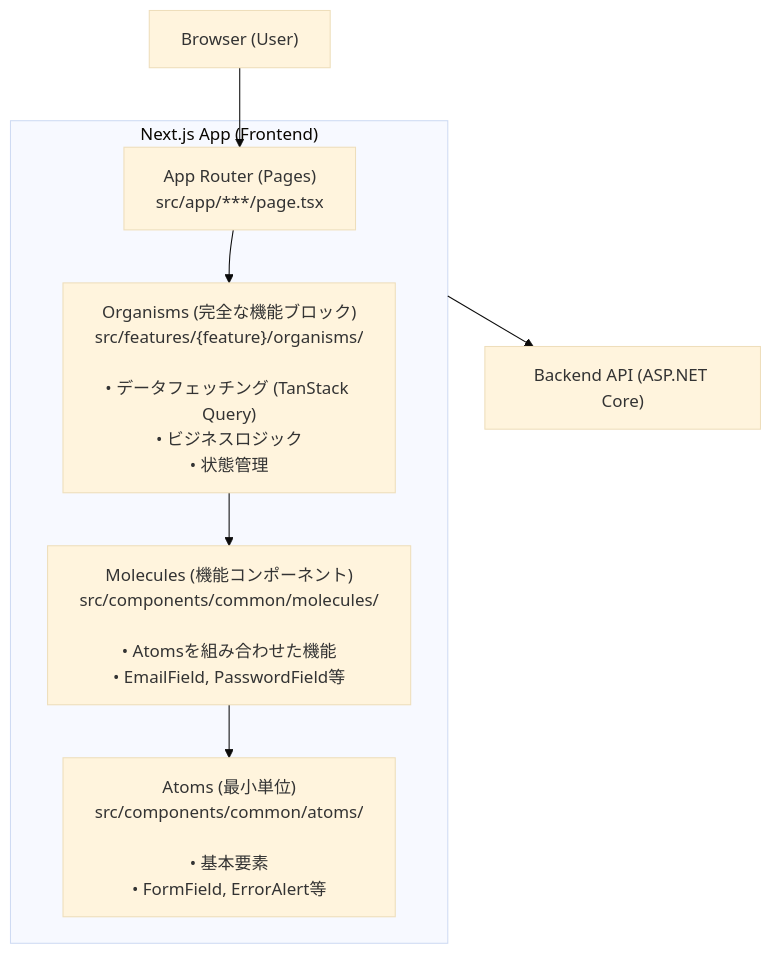
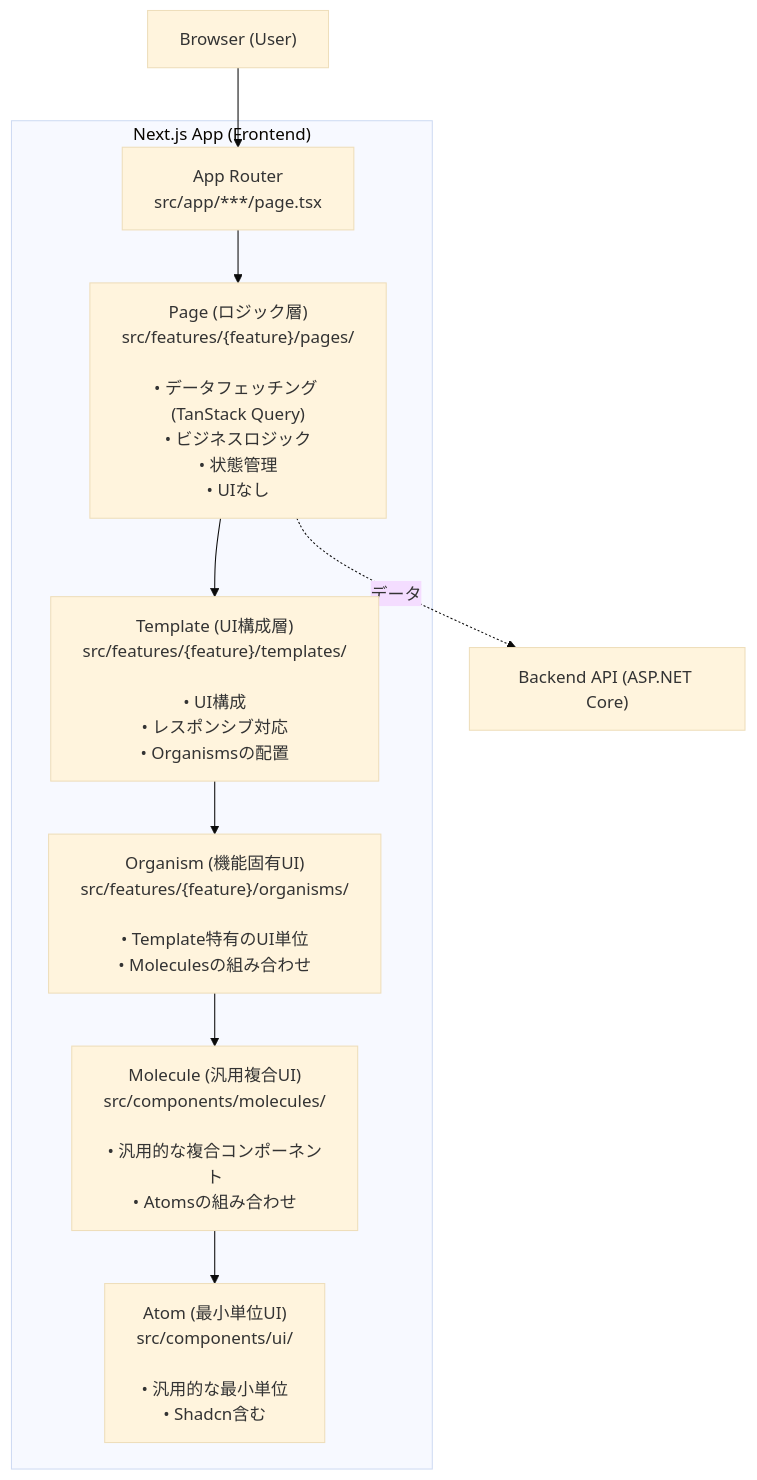
Before and after one commit to doguto/nari-note: the first of 7 diagrams in nari-note-frontend/docs/architecture-diagram.md, drawn with Mermaid (base theme). The commit also changed other lines of this file, not shown here.

Commit message:
Docs: architecture-diagram.mdを5層Atomic Design構造に更新

````diff
--- a/nari-note-frontend/docs/architecture-diagram.md
+++ b/nari-note-frontend/docs/architecture-diagram.md
@@ -11,19 +11,23 @@
 ```mermaid
 graph TB
     Browser["Browser (User)"]
     
     subgraph Frontend["Next.js App (Frontend)"]
-        Pages["App Router (Pages)<br/>src/app/***/page.tsx"]
-        Organisms["Organisms (完全な機能ブロック)<br/>src/features/{feature}/organisms/<br/><br/>• データフェッチング (TanStack Query)<br/>• ビジネスロジック<br/>• 状態管理"]
-        Molecules["Molecules (機能コンポーネント)<br/>src/components/common/molecules/<br/><br/>• Atomsを組み合わせた機能<br/>• EmailField, PasswordField等"]
-        Atoms["Atoms (最小単位)<br/>src/components/common/atoms/<br/><br/>• 基本要素<br/>• FormField, ErrorAlert等"]
+        AppRouter["App Router<br/>src/app/***/page.tsx"]
+        Pages["Page (ロジック層)<br/>src/features/{feature}/pages/<br/><br/>• データフェッチング (TanStack Query)<br/>• ビジネスロジック<br/>• 状態管理<br/>• UIなし"]
+        Templates["Template (UI構成層)<br/>src/features/{feature}/templates/<br/><br/>• UI構成<br/>• レスポンシブ対応<br/>• Organismsの配置"]
+        Organisms["Organism (機能固有UI)<br/>src/features/{feature}/organisms/<br/><br/>• Template特有のUI単位<br/>• Moleculesの組み合わせ"]
+        Molecules["Molecule (汎用複合UI)<br/>src/components/molecules/<br/><br/>• 汎用的な複合コンポーネント<br/>• Atomsの組み合わせ"]
+        Atoms["Atom (最小単位UI)<br/>src/components/ui/<br/><br/>• 汎用的な最小単位<br/>• Shadcn含む"]
     end
     
     Backend["Backend API (ASP.NET Core)"]
     
-    Browser --> Pages
-    Pages --> Organisms
+    Browser --> AppRouter
+    AppRouter --> Pages
+    Pages --> Templates
+    Pages -.->|データ| Backend
+    Templates --> Organisms
     Organisms --> Molecules
     Molecules --> Atoms
-    Frontend --> Backend
 ```
````
